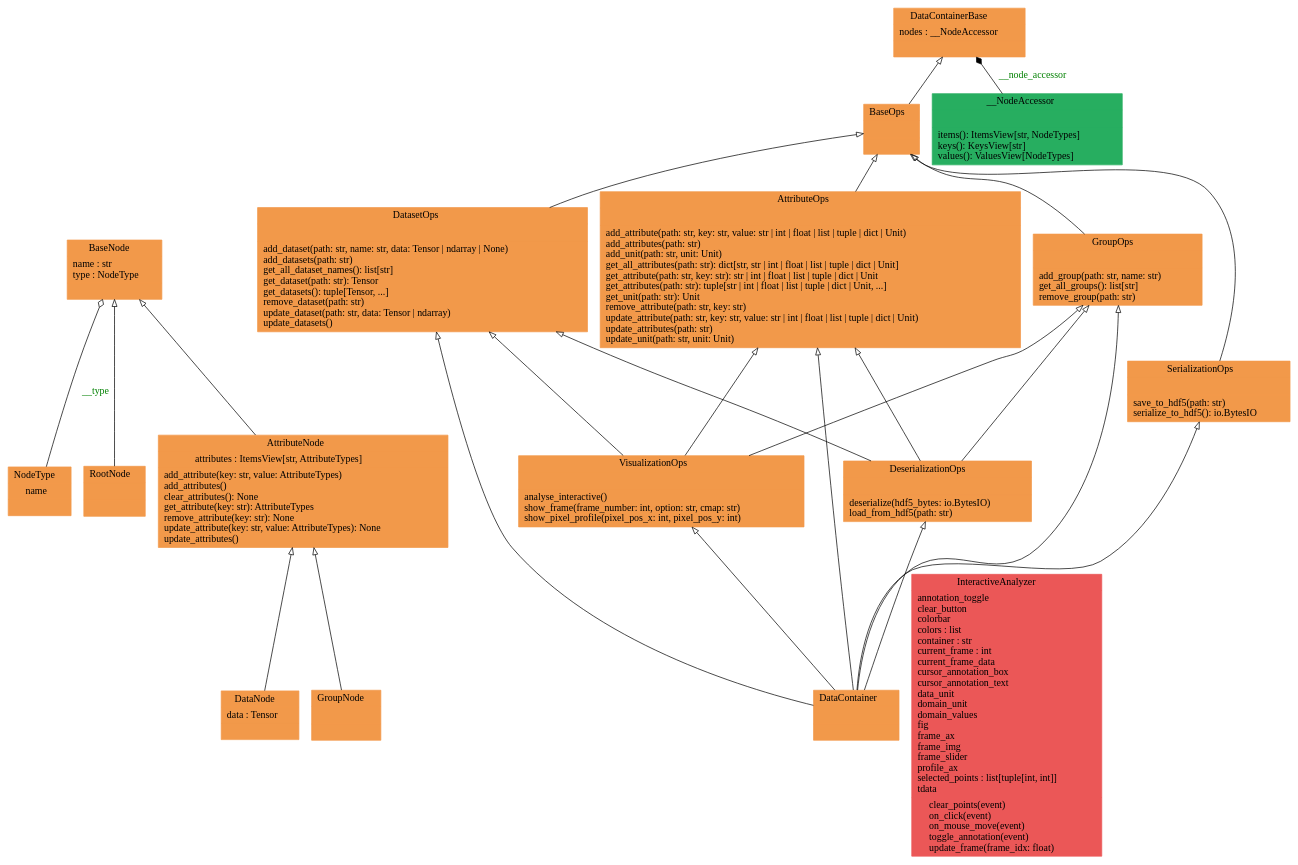
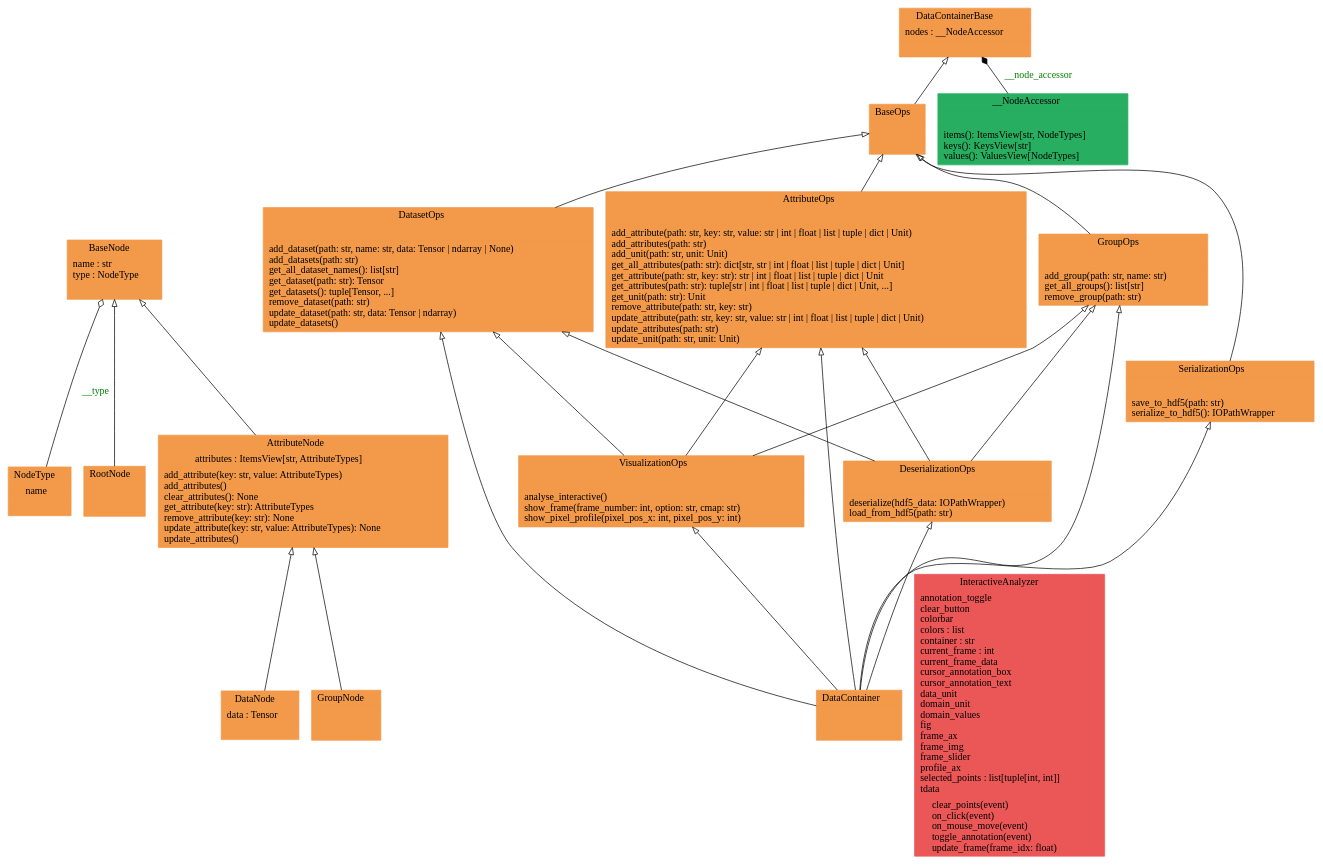
One commit to voidsy-gmbh/pyThermoNDT changed the diagram in docs/pyreverse/graphviz/classes_pythermondt.data.datacontainer.gv. Above: the diagram before and after it, drawn with Graphviz. The commit also changed 29 other files, not shown here.

First line of the commit message:
Introduce wrapper class for unified access to file paths and file-like objects when loading data using one of the readers (#77)

```diff
--- a/docs/pyreverse/graphviz/classes_pythermondt.data.datacontainer.gv
+++ b/docs/pyreverse/graphviz/classes_pythermondt.data.datacontainer.gv
@@ -1,44 +1,44 @@
 digraph "classes_pythermondt.data.datacontainer" {
 rankdir=BT
 charset="utf-8"
 "pythermondt.data.datacontainer.node.AttributeNode" [color="#F2994A", fontcolor="black", label=<{AttributeNode|attributes : ItemsView[str, AttributeTypes]<br ALIGN="LEFT"/>|add_attribute(key: str, value: AttributeTypes)<br ALIGN="LEFT"/>add_attributes()<br ALIGN="LEFT"/>clear_attributes(): None<br ALIGN="LEFT"/>get_attribute(key: str): AttributeTypes<br ALIGN="LEFT"/>remove_attribute(key: str): None<br ALIGN="LEFT"/>update_attribute(key: str, value: AttributeTypes): None<br ALIGN="LEFT"/>update_attributes()<br ALIGN="LEFT"/>}>, shape="record", style="filled"];
 "pythermondt.data.datacontainer.attribute_ops.AttributeOps" [color="#F2994A", fontcolor="black", label=<{AttributeOps|<br ALIGN="LEFT"/>|add_attribute(path: str, key: str, value: str \| int \| float \| list \| tuple \| dict \| Unit)<br ALIGN="LEFT"/>add_attributes(path: str)<br ALIGN="LEFT"/>add_unit(path: str, unit: Unit)<br ALIGN="LEFT"/>get_all_attributes(path: str): dict[str, str \| int \| float \| list \| tuple \| dict \| Unit]<br ALIGN="LEFT"/>get_attribute(path: str, key: str): str \| int \| float \| list \| tuple \| dict \| Unit<br ALIGN="LEFT"/>get_attributes(path: str): tuple[str \| int \| float \| list \| tuple \| dict \| Unit, ...]<br ALIGN="LEFT"/>get_unit(path: str): Unit<br ALIGN="LEFT"/>remove_attribute(path: str, key: str)<br ALIGN="LEFT"/>update_attribute(path: str, key: str, value: str \| int \| float \| list \| tuple \| dict \| Unit)<br ALIGN="LEFT"/>update_attributes(path: str)<br ALIGN="LEFT"/>update_unit(path: str, unit: Unit)<br ALIGN="LEFT"/>}>, shape="record", style="filled"];
 "pythermondt.data.datacontainer.node.BaseNode" [color="#F2994A", fontcolor="black", label=<{BaseNode|name : str<br ALIGN="LEFT"/>type : NodeType<br ALIGN="LEFT"/>|}>, shape="record", style="filled"];
 "pythermondt.data.datacontainer.base.BaseOps" [color="#F2994A", fontcolor="black", label=<{BaseOps|<br ALIGN="LEFT"/>|}>, shape="record", style="filled"];
 "pythermondt.data.datacontainer.core.DataContainer" [color="#F2994A", fontcolor="black", label=<{DataContainer|<br ALIGN="LEFT"/>|}>, shape="record", style="filled"];
 "pythermondt.data.datacontainer.base.DataContainerBase" [color="#F2994A", fontcolor="black", label=<{DataContainerBase|nodes : __NodeAccessor<br ALIGN="LEFT"/>|}>, shape="record", style="filled"];
 "pythermondt.data.datacontainer.node.DataNode" [color="#F2994A", fontcolor="black", label=<{DataNode|data : Tensor<br ALIGN="LEFT"/>|}>, shape="record", style="filled"];
 "pythermondt.data.datacontainer.dataset_ops.DatasetOps" [color="#F2994A", fontcolor="black", label=<{DatasetOps|<br ALIGN="LEFT"/>|add_dataset(path: str, name: str, data: Tensor \| ndarray \| None)<br ALIGN="LEFT"/>add_datasets(path: str)<br ALIGN="LEFT"/>get_all_dataset_names(): list[str]<br ALIGN="LEFT"/>get_dataset(path: str): Tensor<br ALIGN="LEFT"/>get_datasets(): tuple[Tensor, ...]<br ALIGN="LEFT"/>remove_dataset(path: str)<br ALIGN="LEFT"/>update_dataset(path: str, data: Tensor \| ndarray)<br ALIGN="LEFT"/>update_datasets()<br ALIGN="LEFT"/>}>, shape="record", style="filled"];
-"pythermondt.data.datacontainer.serialization_ops.DeserializationOps" [color="#F2994A", fontcolor="black", label=<{DeserializationOps|<br ALIGN="LEFT"/>|deserialize(hdf5_bytes: io.BytesIO)<br ALIGN="LEFT"/>load_from_hdf5(path: str)<br ALIGN="LEFT"/>}>, shape="record", style="filled"];
+"pythermondt.data.datacontainer.serialization_ops.DeserializationOps" [color="#F2994A", fontcolor="black", label=<{DeserializationOps|<br ALIGN="LEFT"/>|deserialize(hdf5_data: IOPathWrapper)<br ALIGN="LEFT"/>load_from_hdf5(path: str)<br ALIGN="LEFT"/>}>, shape="record", style="filled"];
 "pythermondt.data.datacontainer.node.GroupNode" [color="#F2994A", fontcolor="black", label=<{GroupNode|<br ALIGN="LEFT"/>|}>, shape="record", style="filled"];
 "pythermondt.data.datacontainer.group_ops.GroupOps" [color="#F2994A", fontcolor="black", label=<{GroupOps|<br ALIGN="LEFT"/>|add_group(path: str, name: str)<br ALIGN="LEFT"/>get_all_groups(): list[str]<br ALIGN="LEFT"/>remove_group(path: str)<br ALIGN="LEFT"/>}>, shape="record", style="filled"];
 "pythermondt.data.datacontainer.visualization_ops.VisualizationOps.InteractiveAnalyzer" [color="#EB5757", fontcolor="black", label=<{InteractiveAnalyzer|annotation_toggle<br ALIGN="LEFT"/>clear_button<br ALIGN="LEFT"/>colorbar<br ALIGN="LEFT"/>colors : list<br ALIGN="LEFT"/>container : str<br ALIGN="LEFT"/>current_frame : int<br ALIGN="LEFT"/>current_frame_data<br ALIGN="LEFT"/>cursor_annotation_box<br ALIGN="LEFT"/>cursor_annotation_text<br ALIGN="LEFT"/>data_unit<br ALIGN="LEFT"/>domain_unit<br ALIGN="LEFT"/>domain_values<br ALIGN="LEFT"/>fig<br ALIGN="LEFT"/>frame_ax<br ALIGN="LEFT"/>frame_img<br ALIGN="LEFT"/>frame_slider<br ALIGN="LEFT"/>profile_ax<br ALIGN="LEFT"/>selected_points : list[tuple[int, int]]<br ALIGN="LEFT"/>tdata<br ALIGN="LEFT"/>|clear_points(event)<br ALIGN="LEFT"/>on_click(event)<br ALIGN="LEFT"/>on_mouse_move(event)<br ALIGN="LEFT"/>toggle_annotation(event)<br ALIGN="LEFT"/>update_frame(frame_idx: float)<br ALIGN="LEFT"/>}>, shape="record", style="filled"];
 "pythermondt.data.datacontainer.node.NodeType" [color="#F2994A", fontcolor="black", label=<{NodeType|name<br ALIGN="LEFT"/>|}>, shape="record", style="filled"];
 "pythermondt.data.datacontainer.node.RootNode" [color="#F2994A", fontcolor="black", label=<{RootNode|<br ALIGN="LEFT"/>|}>, shape="record", style="filled"];
-"pythermondt.data.datacontainer.serialization_ops.SerializationOps" [color="#F2994A", fontcolor="black", label=<{SerializationOps|<br ALIGN="LEFT"/>|save_to_hdf5(path: str)<br ALIGN="LEFT"/>serialize_to_hdf5(): io.BytesIO<br ALIGN="LEFT"/>}>, shape="record", style="filled"];
+"pythermondt.data.datacontainer.serialization_ops.SerializationOps" [color="#F2994A", fontcolor="black", label=<{SerializationOps|<br ALIGN="LEFT"/>|save_to_hdf5(path: str)<br ALIGN="LEFT"/>serialize_to_hdf5(): IOPathWrapper<br ALIGN="LEFT"/>}>, shape="record", style="filled"];
 "pythermondt.data.datacontainer.visualization_ops.VisualizationOps" [color="#F2994A", fontcolor="black", label=<{VisualizationOps|<br ALIGN="LEFT"/>|analyse_interactive()<br ALIGN="LEFT"/>show_frame(frame_number: int, option: str, cmap: str)<br ALIGN="LEFT"/>show_pixel_profile(pixel_pos_x: int, pixel_pos_y: int)<br ALIGN="LEFT"/>}>, shape="record", style="filled"];
 "pythermondt.data.datacontainer.base.DataContainerBase.__NodeAccessor" [color="#27AE60", fontcolor="black", label=<{__NodeAccessor|<br ALIGN="LEFT"/>|items(): ItemsView[str, NodeTypes]<br ALIGN="LEFT"/>keys(): KeysView[str]<br ALIGN="LEFT"/>values(): ValuesView[NodeTypes]<br ALIGN="LEFT"/>}>, shape="record", style="filled"];
 "pythermondt.data.datacontainer.attribute_ops.AttributeOps" -> "pythermondt.data.datacontainer.base.BaseOps" [arrowhead="empty", arrowtail="none"];
 "pythermondt.data.datacontainer.base.BaseOps" -> "pythermondt.data.datacontainer.base.DataContainerBase" [arrowhead="empty", arrowtail="none"];
 "pythermondt.data.datacontainer.core.DataContainer" -> "pythermondt.data.datacontainer.attribute_ops.AttributeOps" [arrowhead="empty", arrowtail="none"];
 "pythermondt.data.datacontainer.core.DataContainer" -> "pythermondt.data.datacontainer.dataset_ops.DatasetOps" [arrowhead="empty", arrowtail="none"];
 "pythermondt.data.datacontainer.core.DataContainer" -> "pythermondt.data.datacontainer.group_ops.GroupOps" [arrowhead="empty", arrowtail="none"];
 "pythermondt.data.datacontainer.core.DataContainer" -> "pythermondt.data.datacontainer.serialization_ops.DeserializationOps" [arrowhead="empty", arrowtail="none"];
 "pythermondt.data.datacontainer.core.DataContainer" -> "pythermondt.data.datacontainer.serialization_ops.SerializationOps" [arrowhead="empty", arrowtail="none"];
 "pythermondt.data.datacontainer.core.DataContainer" -> "pythermondt.data.datacontainer.visualization_ops.VisualizationOps" [arrowhead="empty", arrowtail="none"];
 "pythermondt.data.datacontainer.dataset_ops.DatasetOps" -> "pythermondt.data.datacontainer.base.BaseOps" [arrowhead="empty", arrowtail="none"];
 "pythermondt.data.datacontainer.group_ops.GroupOps" -> "pythermondt.data.datacontainer.base.BaseOps" [arrowhead="empty", arrowtail="none"];
 "pythermondt.data.datacontainer.node.AttributeNode" -> "pythermondt.data.datacontainer.node.BaseNode" [arrowhead="empty", arrowtail="none"];
 "pythermondt.data.datacontainer.node.DataNode" -> "pythermondt.data.datacontainer.node.AttributeNode" [arrowhead="empty", arrowtail="none"];
 "pythermondt.data.datacontainer.node.GroupNode" -> "pythermondt.data.datacontainer.node.AttributeNode" [arrowhead="empty", arrowtail="none"];
 "pythermondt.data.datacontainer.node.RootNode" -> "pythermondt.data.datacontainer.node.BaseNode" [arrowhead="empty", arrowtail="none"];
 "pythermondt.data.datacontainer.serialization_ops.DeserializationOps" -> "pythermondt.data.datacontainer.attribute_ops.AttributeOps" [arrowhead="empty", arrowtail="none"];
 "pythermondt.data.datacontainer.serialization_ops.DeserializationOps" -> "pythermondt.data.datacontainer.dataset_ops.DatasetOps" [arrowhead="empty", arrowtail="none"];
 "pythermondt.data.datacontainer.serialization_ops.DeserializationOps" -> "pythermondt.data.datacontainer.group_ops.GroupOps" [arrowhead="empty", arrowtail="none"];
 "pythermondt.data.datacontainer.serialization_ops.SerializationOps" -> "pythermondt.data.datacontainer.base.BaseOps" [arrowhead="empty", arrowtail="none"];
 "pythermondt.data.datacontainer.visualization_ops.VisualizationOps" -> "pythermondt.data.datacontainer.attribute_ops.AttributeOps" [arrowhead="empty", arrowtail="none"];
 "pythermondt.data.datacontainer.visualization_ops.VisualizationOps" -> "pythermondt.data.datacontainer.dataset_ops.DatasetOps" [arrowhead="empty", arrowtail="none"];
 "pythermondt.data.datacontainer.visualization_ops.VisualizationOps" -> "pythermondt.data.datacontainer.group_ops.GroupOps" [arrowhead="empty", arrowtail="none"];
 "pythermondt.data.datacontainer.base.DataContainerBase.__NodeAccessor" -> "pythermondt.data.datacontainer.base.DataContainerBase" [arrowhead="diamond", arrowtail="none", fontcolor="green", label="__node_accessor", style="solid"];
 "pythermondt.data.datacontainer.node.NodeType" -> "pythermondt.data.datacontainer.node.BaseNode" [arrowhead="odiamond", arrowtail="none", fontcolor="green", label="__type", style="solid"];
 }
```
